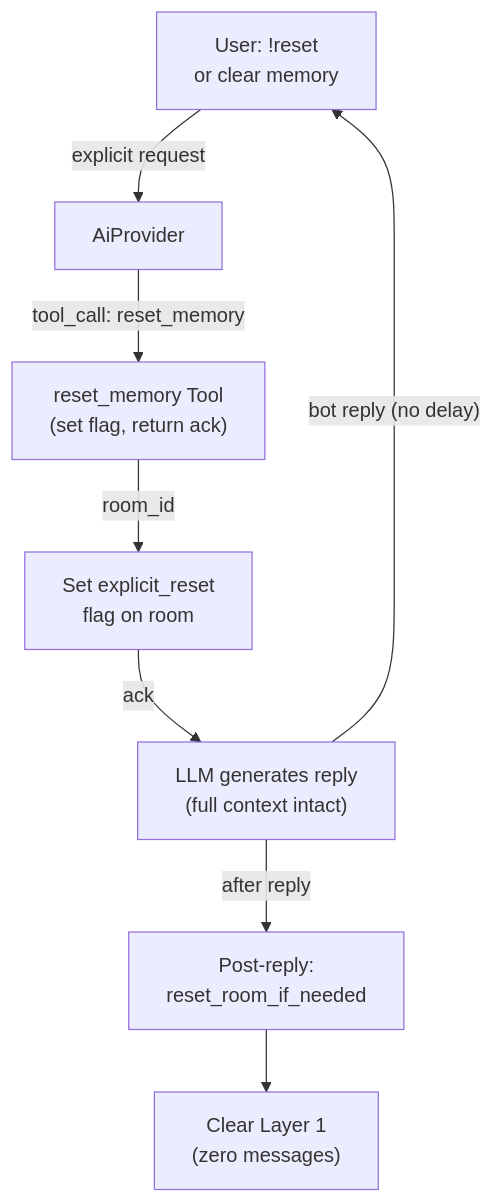
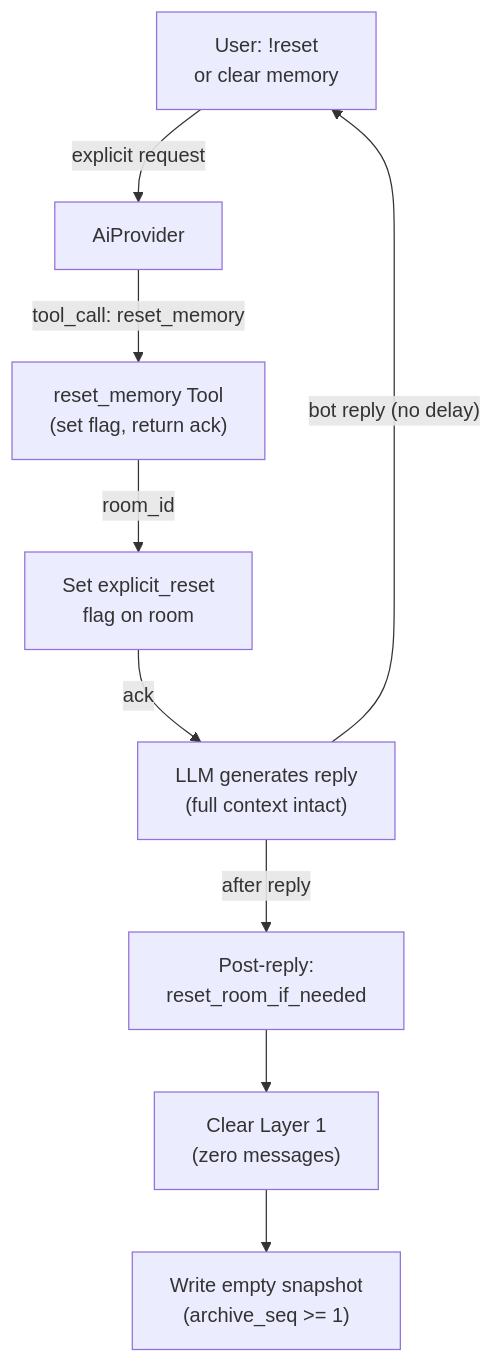
The diagram in docs/dfd/memory/memory-reset/reset-memory-tool.md (cosmoswafer/rockbot), drawn with Mermaid before and after one commit. The commit also changed other lines of this file and 12 other files, not shown here.

First line of the commit message:
fix: persist empty memory snapshot on !reset

````diff
--- a/docs/dfd/memory/memory-reset/reset-memory-tool.md
+++ b/docs/dfd/memory/memory-reset/reset-memory-tool.md
@@ -15,18 +15,20 @@
 ```mermaid
 flowchart TD
     USER["User: !reset<br/>or clear memory"]
     AI[AiProvider]
     TOOL["reset_memory Tool<br/>(set flag, return ack)"]
     FLAG["Set explicit_reset<br/>flag on room"]
     LLM_REPLY["LLM generates reply<br/>(full context intact)"]
     POST["Post-reply:<br/>reset_room_if_needed"]
     CLEAR["Clear Layer 1<br/>(zero messages)"]
+    PERSIST["Write empty snapshot<br/>(archive_seq >= 1)"]
 
     USER -->|"explicit request"| AI
     AI -->|"tool_call: reset_memory"| TOOL
     TOOL -->|"room_id"| FLAG
     FLAG -->|"ack"| LLM_REPLY
     LLM_REPLY -->|"bot reply (no delay)"| USER
     LLM_REPLY -->|"after reply"| POST
     POST --> CLEAR
+    CLEAR --> PERSIST
 ```
````
